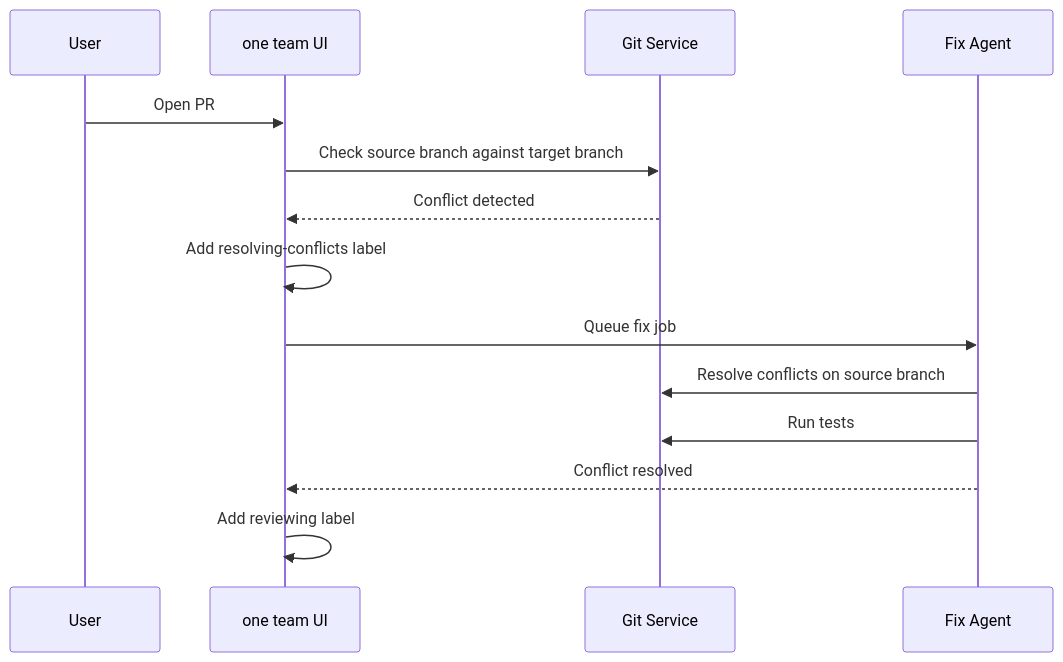
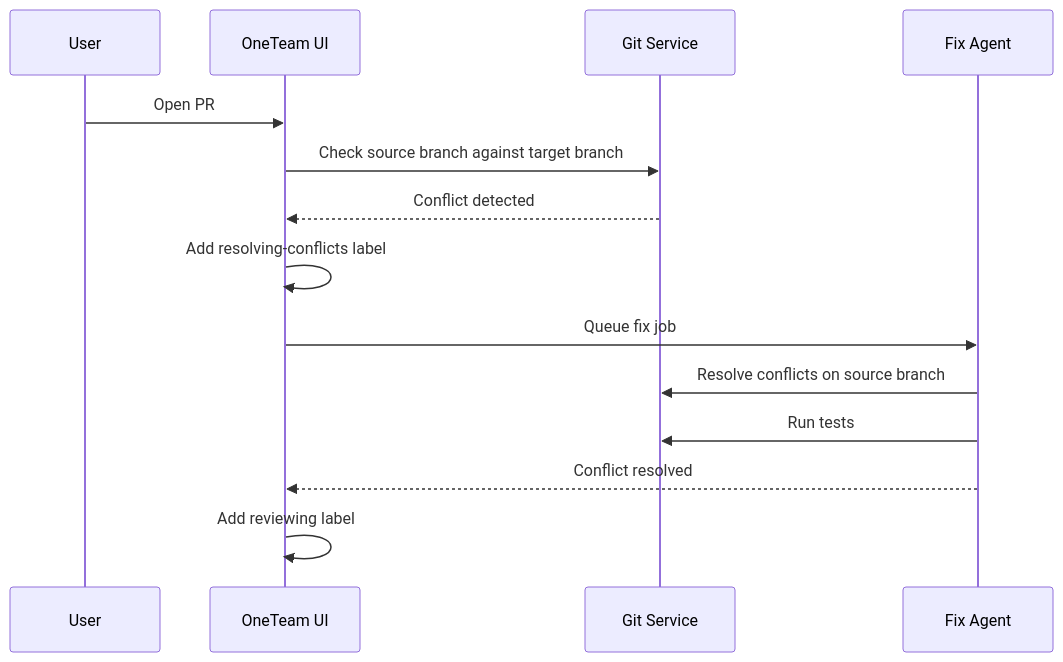
One commit to pluswing/oneteam changed the fourth of 4 diagrams in docs/04-agent-job-state-machine.md. Above: the diagram before and after it, drawn with Mermaid. The commit also changed other lines of this file and 60 other files, not shown here.

First line of the commit message:
Implement issue-first OneTeam workflow and provider switching

````diff
--- a/docs/04-agent-job-state-machine.md
+++ b/docs/04-agent-job-state-machine.md
@@ -187,17 +191,17 @@
 ```mermaid
 sequenceDiagram
   participant U as User
-  participant UI as one team UI
+  participant UI as OneTeam UI
   participant G as Git Service
   participant A as Fix Agent
 
   U->>UI: Open PR
   UI->>G: Check source branch against target branch
   G-->>UI: Conflict detected
   UI->>UI: Add resolving-conflicts label
   UI->>A: Queue fix job
   A->>G: Resolve conflicts on source branch
   A->>G: Run tests
   A-->>UI: Conflict resolved
   UI->>UI: Add reviewing label
 ```
````
